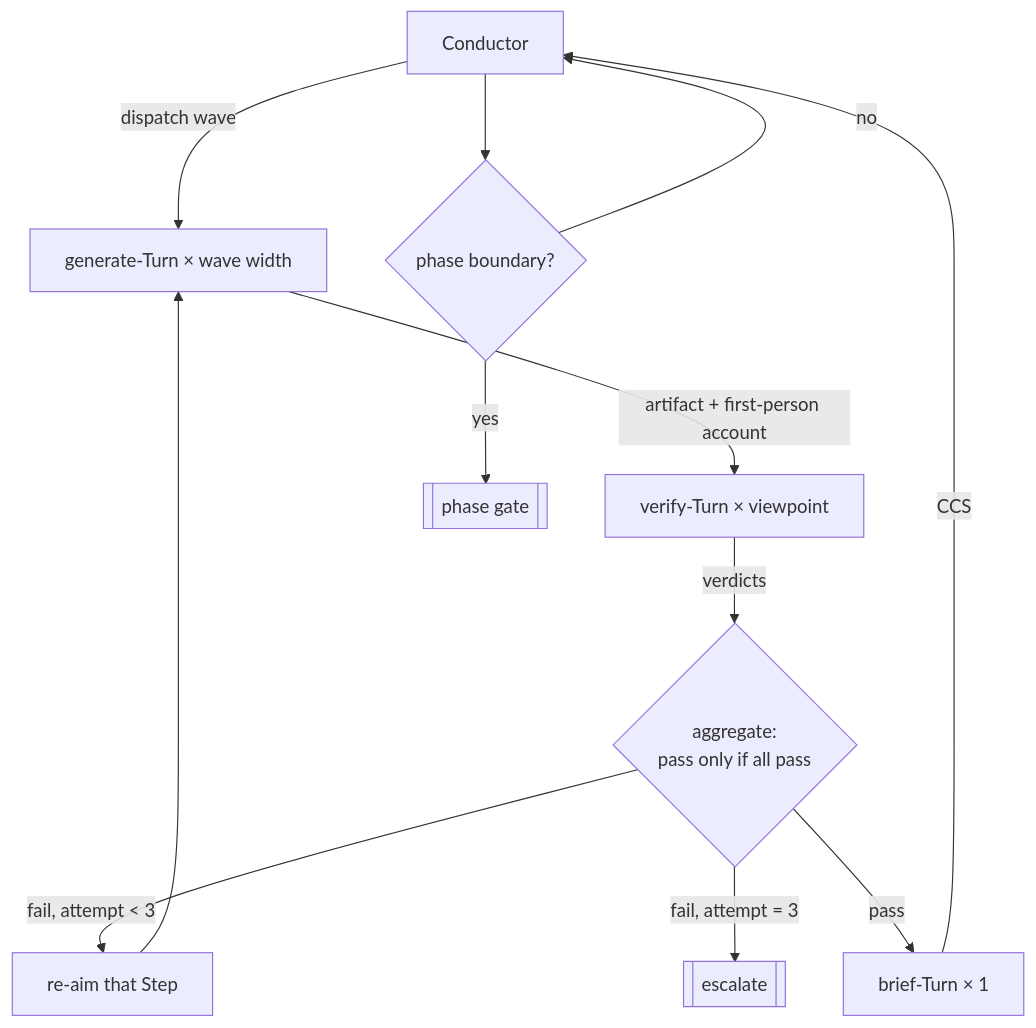
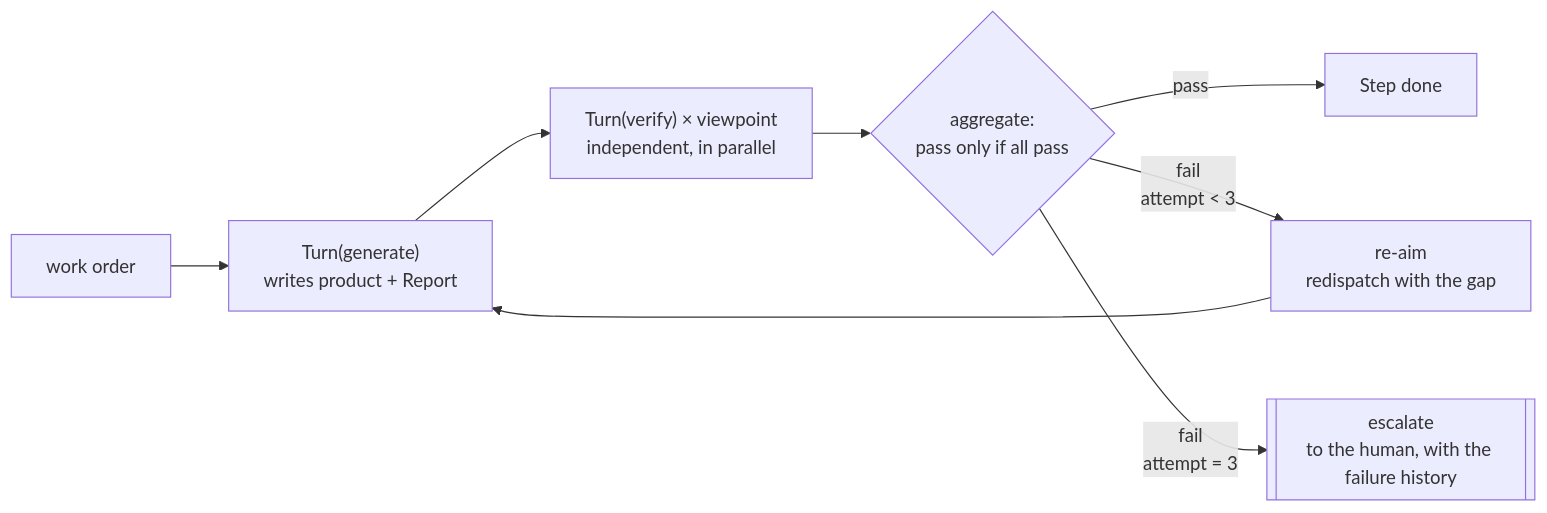
One commit to lovaizu/ccpm changed the third of 3 diagrams in aiya/docs/design.md. Above: the diagram before and after it, drawn with Mermaid. The commit also changed other lines of this file and 8 other files, not shown here.

````diff
--- a/aiya/docs/design.md
+++ b/aiya/docs/design.md
@@ -145,14 +144,10 @@
 ```mermaid
-flowchart TD
-    C["Conductor"] -->|"dispatch wave"| G["generate-Turn × wave width"]
-    G -->|"artifact + first-person account"| V["verify-Turn × viewpoint"]
-    V -->|"verdicts"| AGG{"aggregate:<br/>pass only if all pass"}
-    AGG -->|"fail, attempt &lt; 3"| RA["re-aim that Step"]
+flowchart LR
+    WO["work order"] --> G["Turn(generate)<br/>writes product + Report"]
+    G --> V["Turn(verify) × viewpoint<br/>independent, in parallel"]
+    V --> AGG{"aggregate:<br/>pass only if all pass"}
+    AGG -->|"pass"| NEXT["Step done"]
+    AGG -->|"fail<br/>attempt < 3"| RA["re-aim<br/>redispatch with the gap"]
     RA --> G
-    AGG -->|"fail, attempt = 3"| ESC[["escalate"]]
-    AGG -->|"pass"| BR["brief-Turn × 1"]
-    BR -->|"CCS"| C
-    C --> B{"phase boundary?"}
-    B -->|"no"| C
-    B -->|"yes"| GATE[["phase gate"]]
+    AGG -->|"fail<br/>attempt = 3"| ESC[["escalate<br/>to the human, with the failure history"]]
 ```
````
